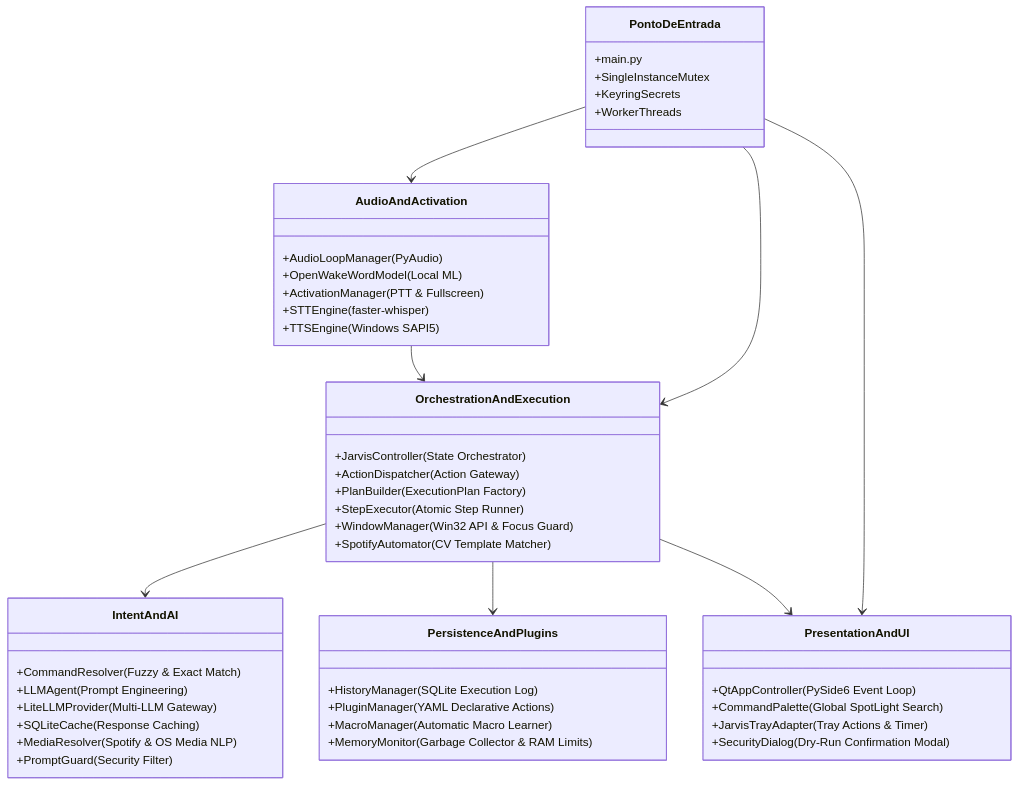
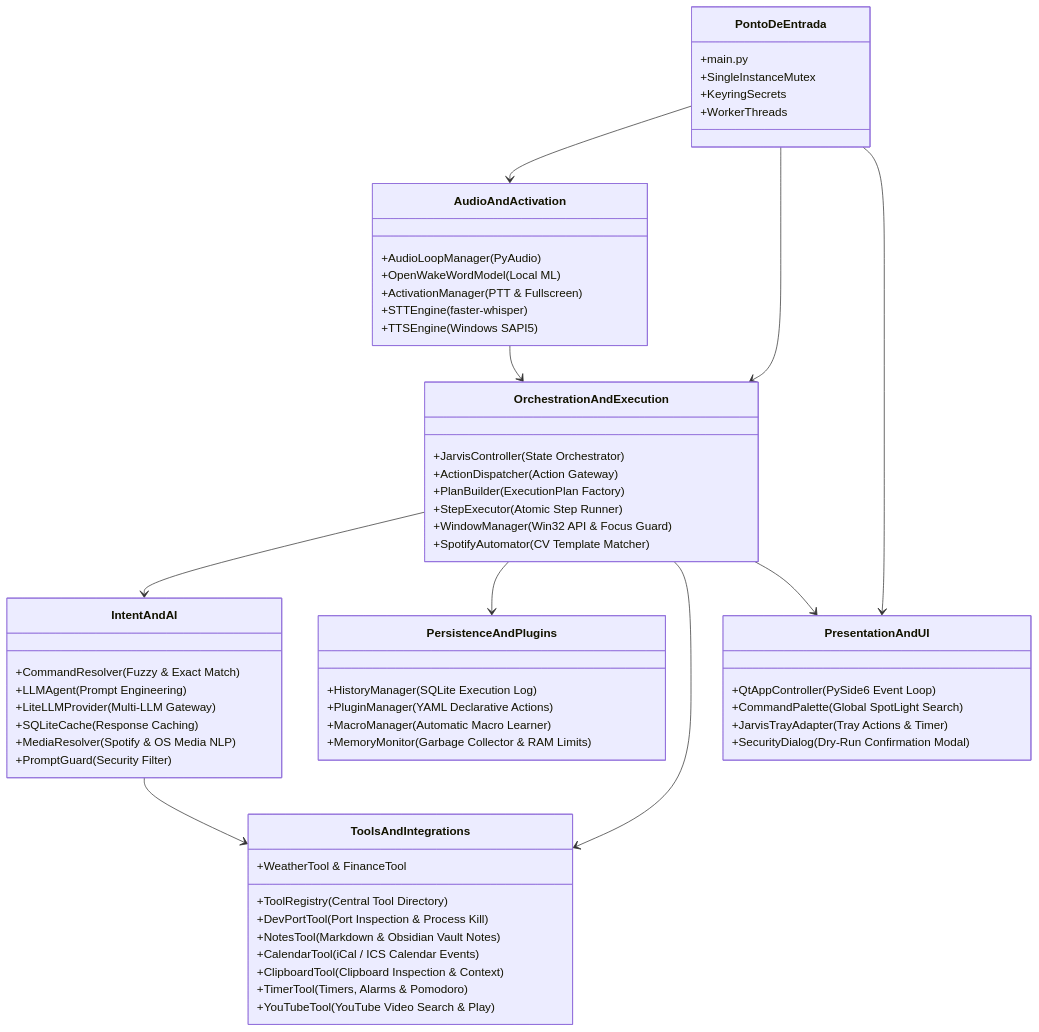
Before and after one commit to Leturnos/python-jarvis: the third of 3 diagrams in docs/architecture/jarvis_architecture_and_flow.md, drawn with Mermaid. The commit also changed other lines of this file and 2 other files, not shown here.

Commit message:
docs: update documentation and architecture flow for developer tools

````diff
--- a/docs/architecture/jarvis_architecture_and_flow.md
+++ b/docs/architecture/jarvis_architecture_and_flow.md
@@ -154,60 +154,73 @@
 ```mermaid
 classDiagram
     direction TB
 
     class PontoDeEntrada {
         +main.py
         +SingleInstanceMutex
         +KeyringSecrets
         +WorkerThreads
     }
 
     class AudioAndActivation {
         +AudioLoopManager (PyAudio)
         +OpenWakeWordModel (Local ML)
         +ActivationManager (PTT & Fullscreen)
         +STTEngine (faster-whisper)
         +TTSEngine (Windows SAPI5)
     }
 
     class IntentAndAI {
         +CommandResolver (Fuzzy & Exact Match)
         +LLMAgent (Prompt Engineering)
         +LiteLLMProvider (Multi-LLM Gateway)
         +SQLiteCache (Response Caching)
         +MediaResolver (Spotify & OS Media NLP)
         +PromptGuard (Security Filter)
     }
 
     class OrchestrationAndExecution {
         +JarvisController (State Orchestrator)
         +ActionDispatcher (Action Gateway)
         +PlanBuilder (ExecutionPlan Factory)
         +StepExecutor (Atomic Step Runner)
         +WindowManager (Win32 API & Focus Guard)
         +SpotifyAutomator (CV Template Matcher)
     }
 
+    class ToolsAndIntegrations {
+        +ToolRegistry (Central Tool Directory)
+        +DevPortTool (Port Inspection & Process Kill)
+        +NotesTool (Markdown & Obsidian Vault Notes)
+        +CalendarTool (iCal / ICS Calendar Events)
+        +ClipboardTool (Clipboard Inspection & Context)
+        +TimerTool (Timers, Alarms & Pomodoro)
+        +YouTubeTool (YouTube Video Search & Play)
+        +WeatherTool & FinanceTool
+    }
+
     class PersistenceAndPlugins {
         +HistoryManager (SQLite Execution Log)
         +PluginManager (YAML Declarative Actions)
         +MacroManager (Automatic Macro Learner)
         +MemoryMonitor (Garbage Collector & RAM Limits)
     }
 
     class PresentationAndUI {
         +QtAppController (PySide6 Event Loop)
         +CommandPalette (Global SpotLight Search)
         +JarvisTrayAdapter (Tray Actions & Timer)
         +SecurityDialog (Dry-Run Confirmation Modal)
     }
 
     PontoDeEntrada --> AudioAndActivation
     PontoDeEntrada --> OrchestrationAndExecution
     PontoDeEntrada --> PresentationAndUI
 
     AudioAndActivation --> OrchestrationAndExecution
     OrchestrationAndExecution --> IntentAndAI
     OrchestrationAndExecution --> PersistenceAndPlugins
+    OrchestrationAndExecution --> ToolsAndIntegrations
+    IntentAndAI --> ToolsAndIntegrations
     OrchestrationAndExecution --> PresentationAndUI
 ```
````
